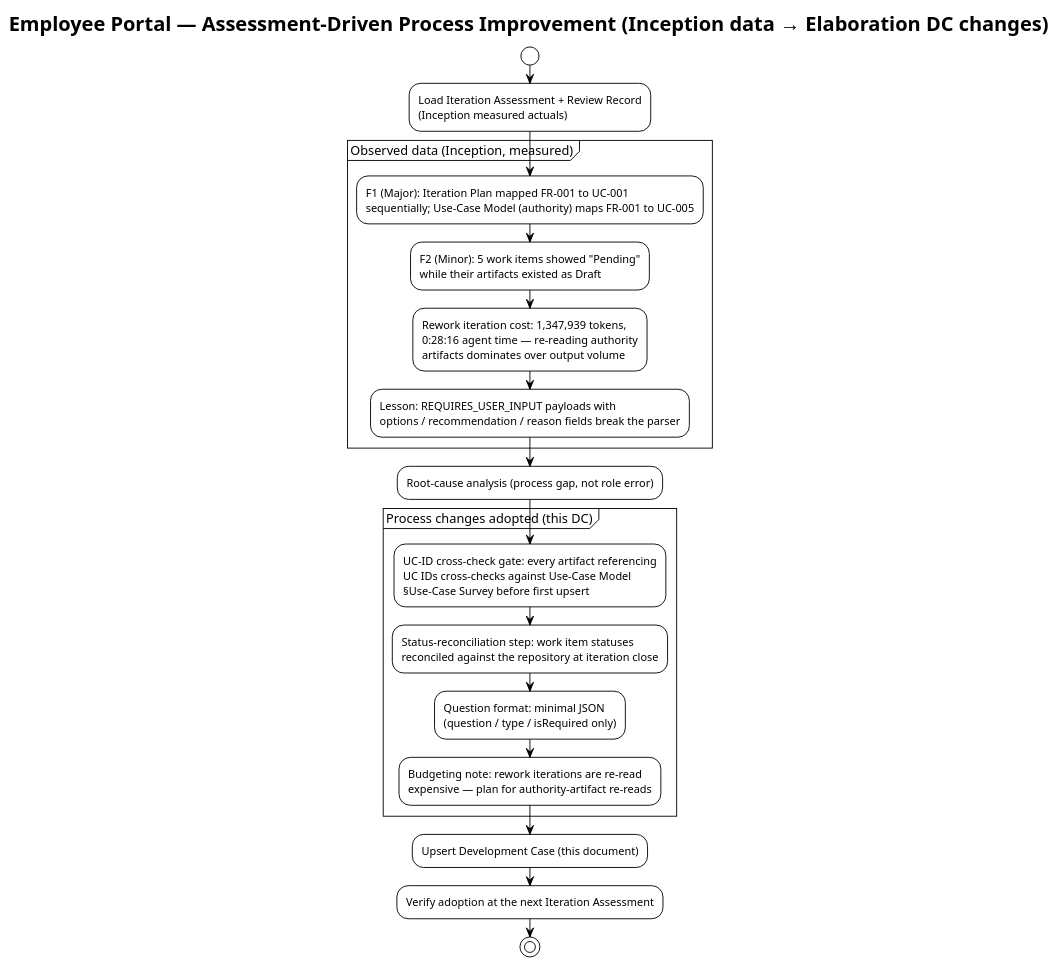
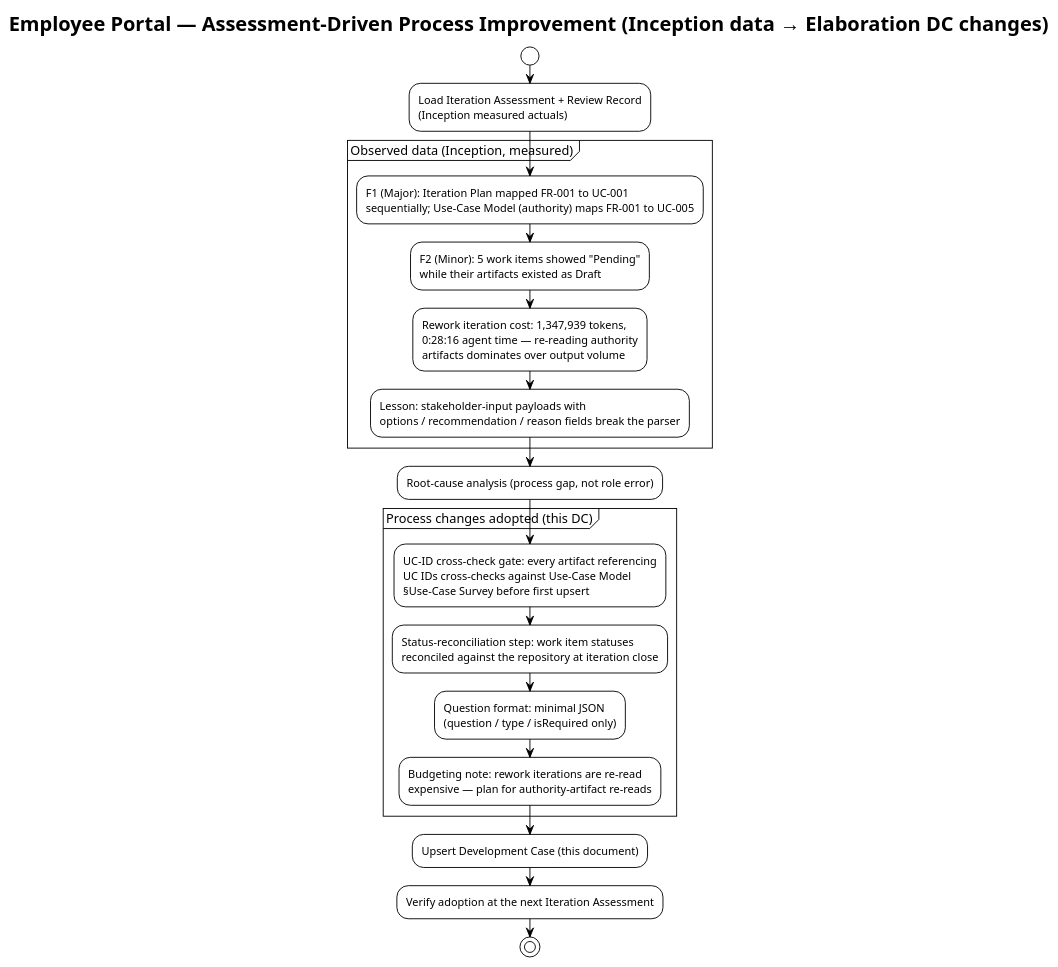
Before and after one commit to banense-test/employee-portal: the fourth of 4 diagrams in docs/artifacts/environment/development-case.md, drawn with PlantUML. The commit also changed other lines of this file, not shown here.

First line of the commit message:
Process Engineer [E1]: upsert Development Case

````diff
--- a/docs/artifacts/environment/development-case.md
+++ b/docs/artifacts/environment/development-case.md
@@ -325,25 +336,36 @@
 ```plantuml
 @startuml
 !theme plain
 title Employee Portal — Assessment-Driven Process Improvement (Inception data → Elaboration DC changes)
 
 start
-:Load Iteration Assessment + Review Record\n(Inception measured actuals);
+:Load Iteration Assessment + Review Record
+(Inception measured actuals);
 partition "Observed data (Inception, measured)" {
-  :F1 (Major): Iteration Plan mapped FR-001 to UC-001\nsequentially; Use-Case Model (authority) maps FR-001 to UC-005;
-  :F2 (Minor): 5 work items showed "Pending"\nwhile their artifacts existed as Draft;
-  :Rework iteration cost: 1,347,939 tokens,\n0:28:16 agent time — re-reading authority\nartifacts dominates over output volume;
-  :Lesson: REQUIRES_USER_INPUT payloads with\noptions / recommendation / reason fields break the parser;
+  :F1 (Major): Iteration Plan mapped FR-001 to UC-001
+sequentially; Use-Case Model (authority) maps FR-001 to UC-005;
+  :F2 (Minor): 5 work items showed "Pending"
+while their artifacts existed as Draft;
+  :Rework iteration cost: 1,347,939 tokens,
+0:28:16 agent time — re-reading authority
+artifacts dominates over output volume;
+  :Lesson: stakeholder-input payloads with
+options / recommendation / reason fields break the parser;
 }
 :Root-cause analysis (process gap, not role error);
 partition "Process changes adopted (this DC)" {
-  :UC-ID cross-check gate: every artifact referencing\nUC IDs cross-checks against Use-Case Model\n§Use-Case Survey before first upsert;
-  :Status-reconciliation step: work item statuses\nreconciled against the repository at iteration close;
-  :Question format: minimal JSON\n(question / type / isRequired only);
-  :Budgeting note: rework iterations are re-read\nexpensive — plan for authority-artifact re-reads;
+  :UC-ID cross-check gate: every artifact referencing
+UC IDs cross-checks against Use-Case Model
+§Use-Case Survey before first upsert;
+  :Status-reconciliation step: work item statuses
+reconciled against the repository at iteration close;
+  :Question format: minimal JSON
+(question / type / isRequired only);
+  :Budgeting note: rework iterations are re-read
+expensive — plan for authority-artifact re-reads;
 }
 :Upsert Development Case (this document);
 :Verify adoption at the next Iteration Assessment;
 stop
 @enduml
 ```
````
